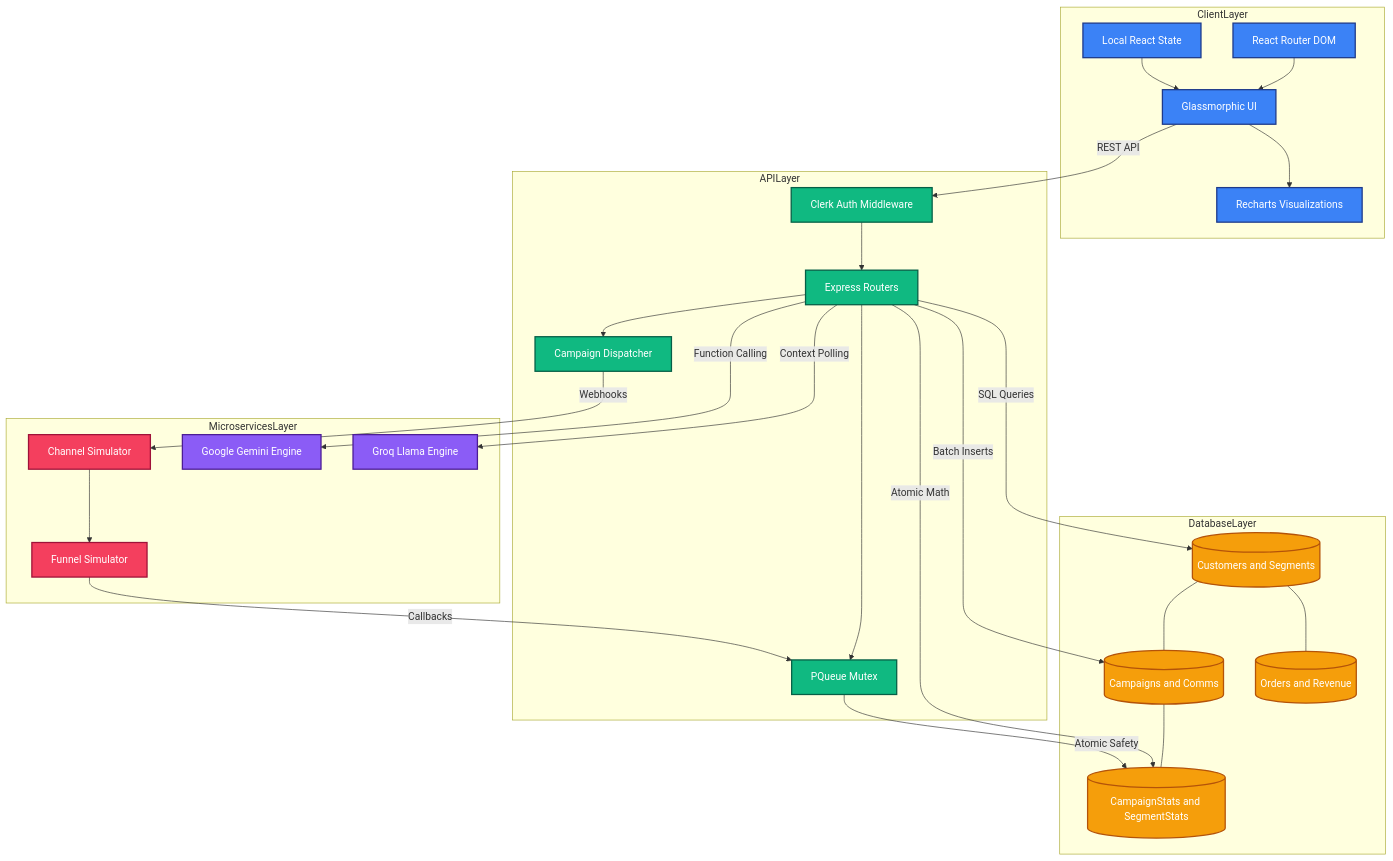
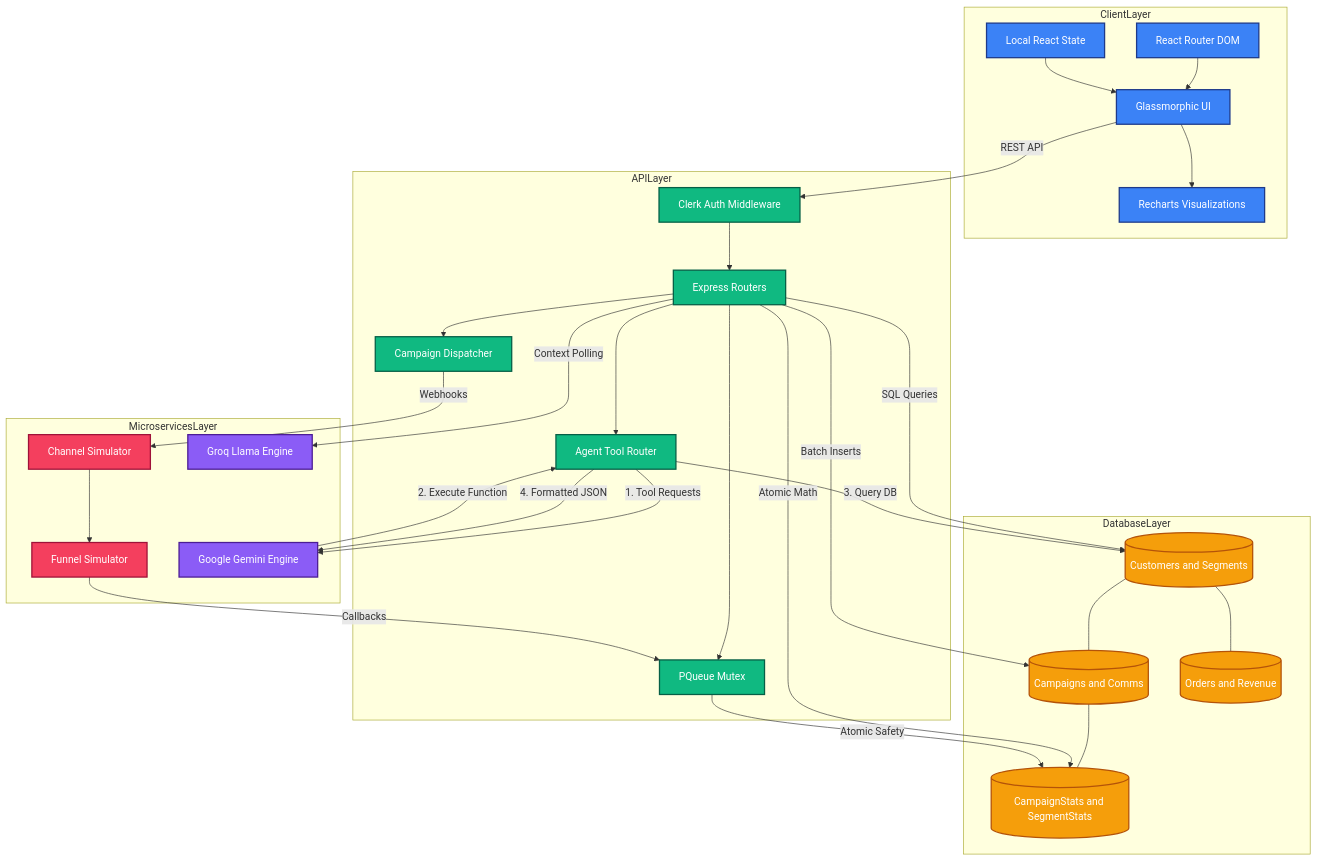
Before and after one commit to Aakhilshaik204/Xeno-CRM: the first of 2 diagrams in README.md, drawn with Mermaid.

````diff
--- a/README.md
+++ b/README.md
@@ -15,68 +15,73 @@
 ```mermaid
 graph TD
     classDef frontend fill:#3b82f6,stroke:#1e3a8a,stroke-width:2px,color:#fff;
     classDef backend fill:#10b981,stroke:#065f46,stroke-width:2px,color:#fff;
     classDef db fill:#f59e0b,stroke:#b45309,stroke-width:2px,color:#fff;
     classDef ai fill:#8b5cf6,stroke:#4c1d95,stroke-width:2px,color:#fff;
     classDef service fill:#f43f5e,stroke:#9f1239,stroke-width:2px,color:#fff;
 
     subgraph ClientLayer
         Router[React Router DOM]
         State[Local React State]
         UI[Glassmorphic UI]
         Charts[Recharts Visualizations]
         
         Router --> UI
         State --> UI
         UI --> Charts
     end
     class Router,State,UI,Charts frontend;
 
     subgraph APILayer
         AuthMiddleware[Clerk Auth Middleware]
         Routers[Express Routers]
+        AgentTools[Agent Tool Router]
         Mutex[PQueue Mutex]
         Dispatcher[Campaign Dispatcher]
         
         AuthMiddleware --> Routers
+        Routers --> AgentTools
         Routers --> Mutex
         Routers --> Dispatcher
     end
-    class AuthMiddleware,Routers,Mutex,Dispatcher backend;
+    class AuthMiddleware,Routers,AgentTools,Mutex,Dispatcher backend;
 
     subgraph DatabaseLayer
         Customers[(Customers and Segments)]
         Campaigns[(Campaigns and Comms)]
         Stats[(CampaignStats and SegmentStats)]
         Orders[(Orders and Revenue)]
         
         Customers --- Campaigns
         Campaigns --- Stats
         Customers --- Orders
     end
     class Customers,Campaigns,Stats,Orders db;
 
     subgraph MicroservicesLayer
         ChannelSim[Channel Simulator]
         SimLogic[Funnel Simulator]
         Gemini[Google Gemini Engine]
         Groq[Groq Llama Engine]
         
         ChannelSim --> SimLogic
     end
     class ChannelSim,SimLogic service;
     class Gemini,Groq ai;
 
     UI -- REST API --> AuthMiddleware
     
     Routers -- Atomic Math --> Stats
     Routers -- SQL Queries --> Customers
     Routers -- Batch Inserts --> Campaigns
     Mutex -- Atomic Safety --> Stats
     
     Dispatcher -- Webhooks --> ChannelSim
     SimLogic -- Callbacks --> Mutex
     
-    Routers -- Function Calling --> Gemini
+    AgentTools -- 1. Tool Requests --> Gemini
+    Gemini -- 2. Execute Function --> AgentTools
+    AgentTools -- 3. Query DB --> Customers
+    AgentTools -- 4. Formatted JSON --> Gemini
     Routers -- Context Polling --> Groq
 ```
````
